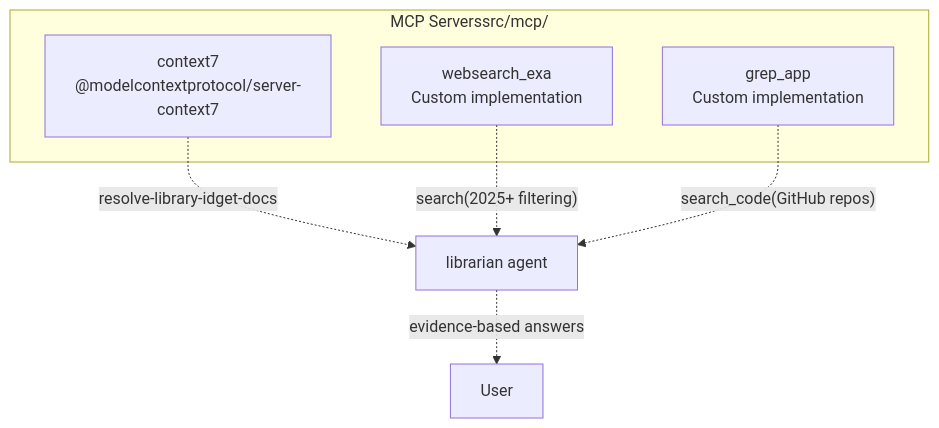
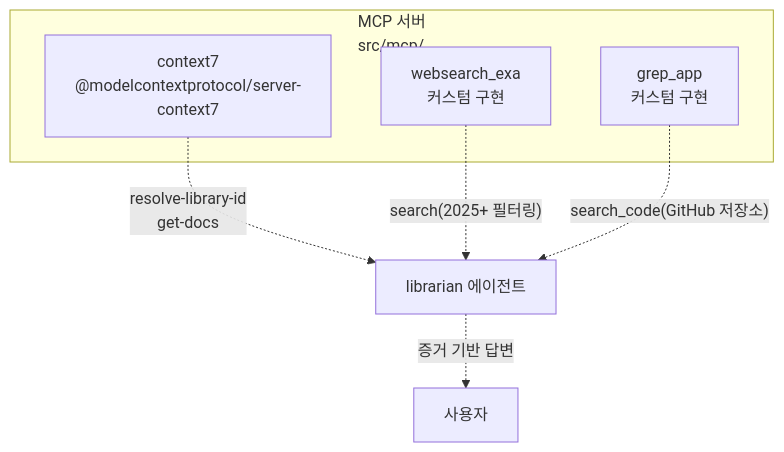
Before and after one commit to felipetruman/oh-my-opencode-docs: diagram 13 of 14 in docs/index.md, drawn with Mermaid. The commit also changed other lines of this file and 76 other files, not shown here.

````diff
--- a/docs/index.md
+++ b/docs/index.md
@@ -828,20 +784,20 @@
 ```mermaid
 flowchart TD
 
 Context7["context7<br>@modelcontextprotocol/server-context7"]
-WebSearch["websearch_exa<br>Custom implementation"]
-GrepApp["grep_app<br>Custom implementation"]
-Librarian["librarian agent"]
-User["User"]
+WebSearch["websearch_exa<br>커스텀 구현"]
+GrepApp["grep_app<br>커스텀 구현"]
+Librarian["librarian 에이전트"]
+User["사용자"]
 
-Context7 -.->|"resolve-library-idget-docs"| Librarian
-WebSearch -.->|"search(2025+ filtering)"| Librarian
-GrepApp -.->|"search_code(GitHub repos)"| Librarian
-Librarian -.->|"evidence-based answers"| User
+Context7 -.->|"resolve-library-id<br>get-docs"| Librarian
+WebSearch -.->|"search(2025+ 필터링)"| Librarian
+GrepApp -.->|"search_code(GitHub 저장소)"| Librarian
+Librarian -.->|"증거 기반 답변"| User
 
-subgraph MCPs ["MCP Serverssrc/mcp/"]
+subgraph MCPs ["MCP 서버<br>src/mcp/"]
     Context7
     WebSearch
     GrepApp
 end
 ```
````
